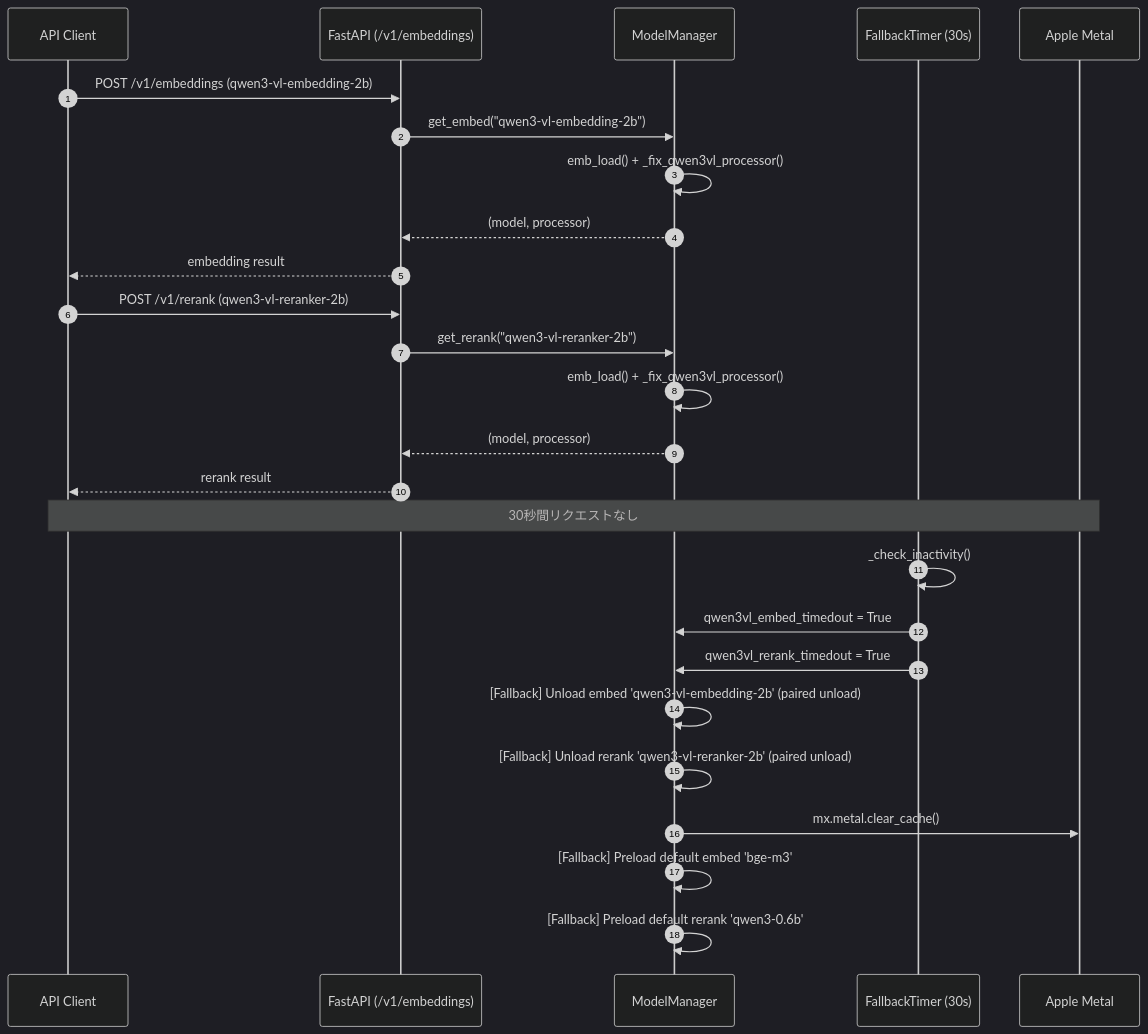
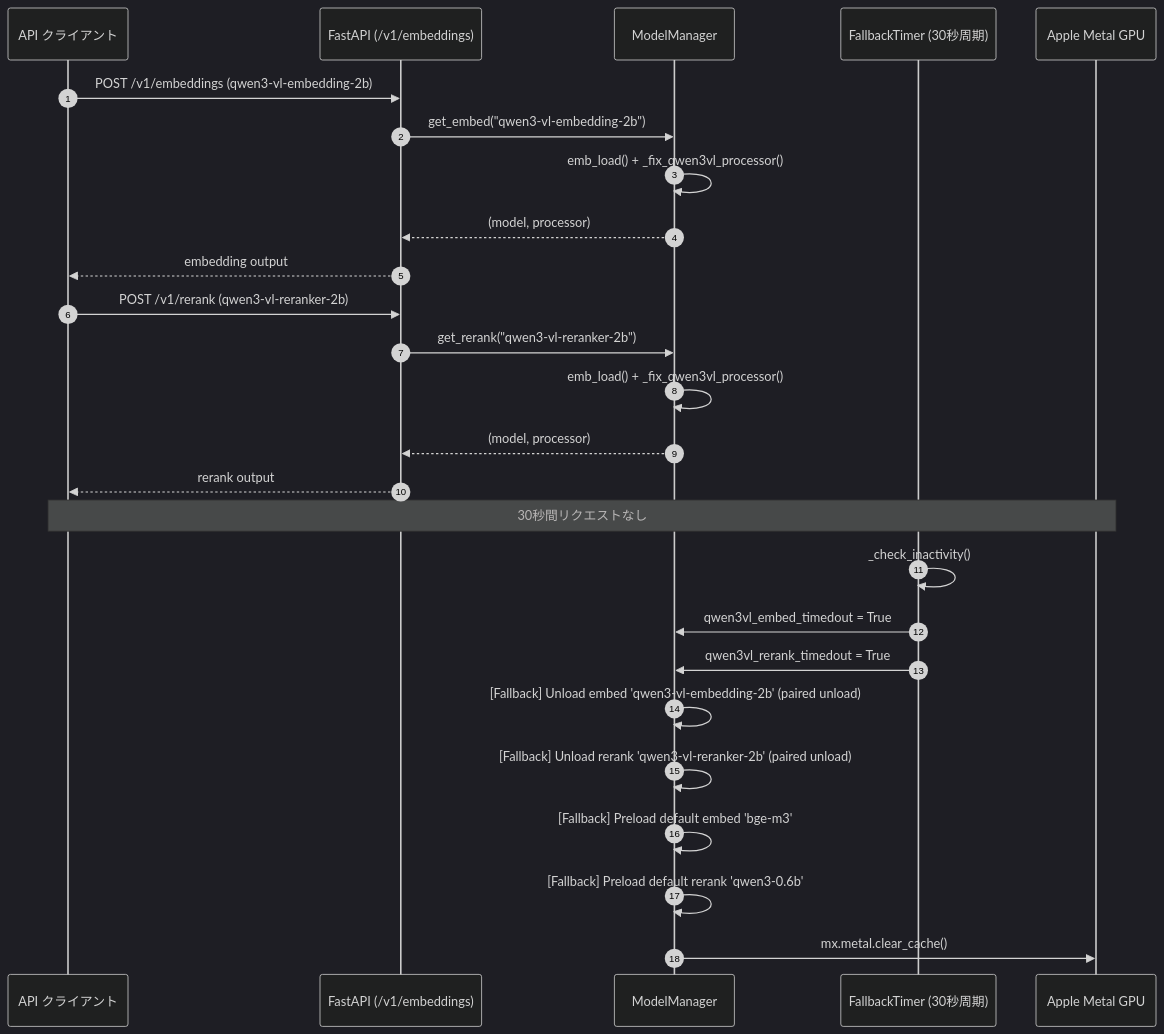
Before and after one commit to norizou/mlx-embed-rerank-server: the second of 2 diagrams in README_JA.md, drawn with Mermaid (dark theme). The commit also changed other lines of this file and 6 other files, not shown here.

````diff
--- a/README_JA.md
+++ b/README_JA.md
@@ -93,33 +145,33 @@
 ```mermaid
 sequenceDiagram
     autonumber
-    participant Client as API Client
+    participant Client as API クライアント
     participant API as FastAPI (/v1/embeddings)
     participant MM as ModelManager
-    participant Timer as FallbackTimer (30s)
-    participant GPU as Apple Metal
+    participant Timer as FallbackTimer (30秒周期)
+    participant GPU as Apple Metal GPU
 
     Client->>API: POST /v1/embeddings (qwen3-vl-embedding-2b)
     API->>MM: get_embed("qwen3-vl-embedding-2b")
     MM->>MM: emb_load() + _fix_qwen3vl_processor()
     MM-->>API: (model, processor)
-    API-->>Client: embedding result
+    API-->>Client: embedding output
 
     Client->>API: POST /v1/rerank (qwen3-vl-reranker-2b)
     API->>MM: get_rerank("qwen3-vl-reranker-2b")
     MM->>MM: emb_load() + _fix_qwen3vl_processor()
     MM-->>API: (model, processor)
-    API-->>Client: rerank result
+    API-->>Client: rerank output
 
     Note over Client,GPU: 30秒間リクエストなし
 
     Timer->>Timer: _check_inactivity()
     Timer->>MM: qwen3vl_embed_timedout = True
     Timer->>MM: qwen3vl_rerank_timedout = True
 
     MM->>MM: [Fallback] Unload embed 'qwen3-vl-embedding-2b' (paired unload)
     MM->>MM: [Fallback] Unload rerank 'qwen3-vl-reranker-2b' (paired unload)
-    MM->>GPU: mx.metal.clear_cache()
     MM->>MM: [Fallback] Preload default embed 'bge-m3'
     MM->>MM: [Fallback] Preload default rerank 'qwen3-0.6b'
+    MM->>GPU: mx.metal.clear_cache()
 ```
````
